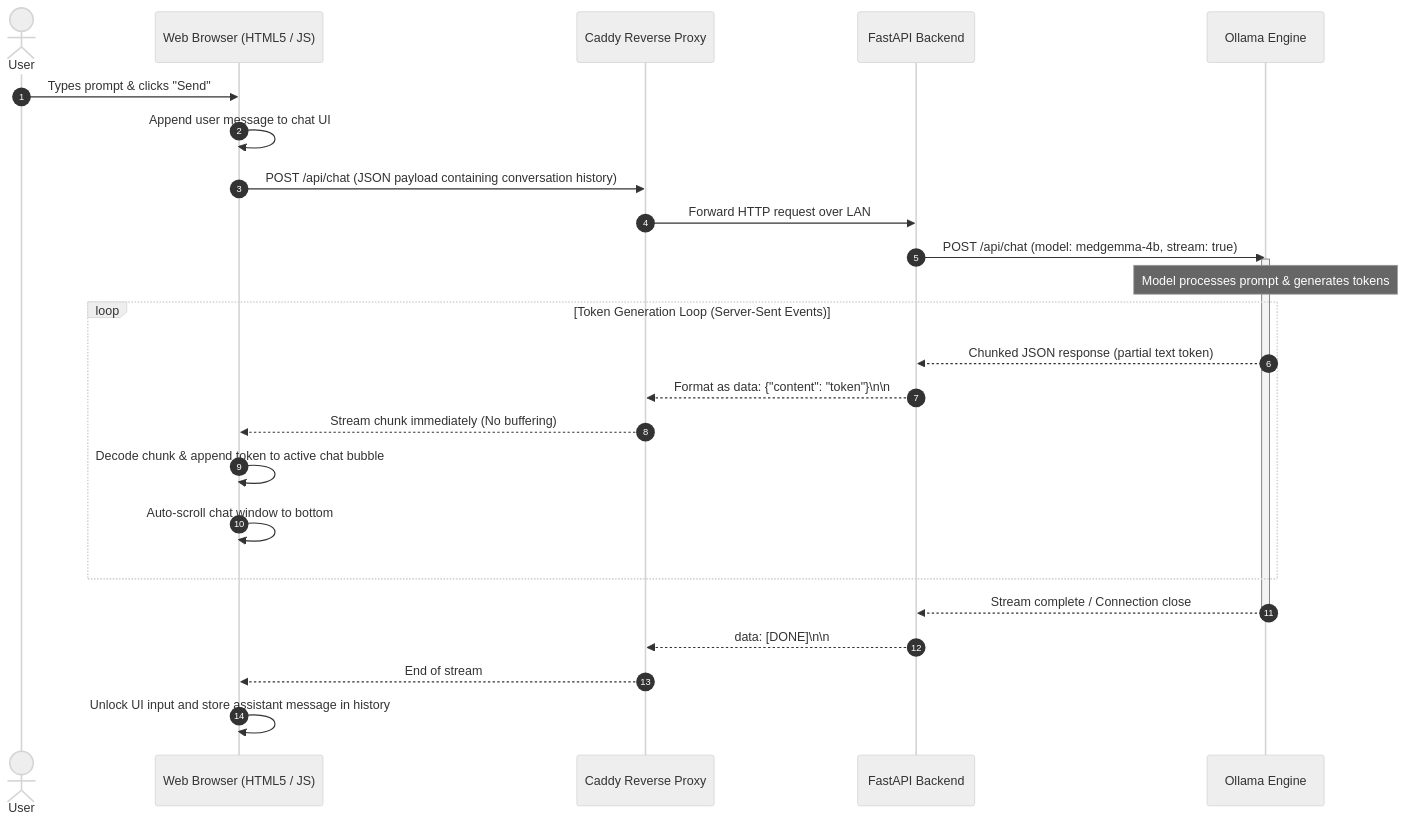
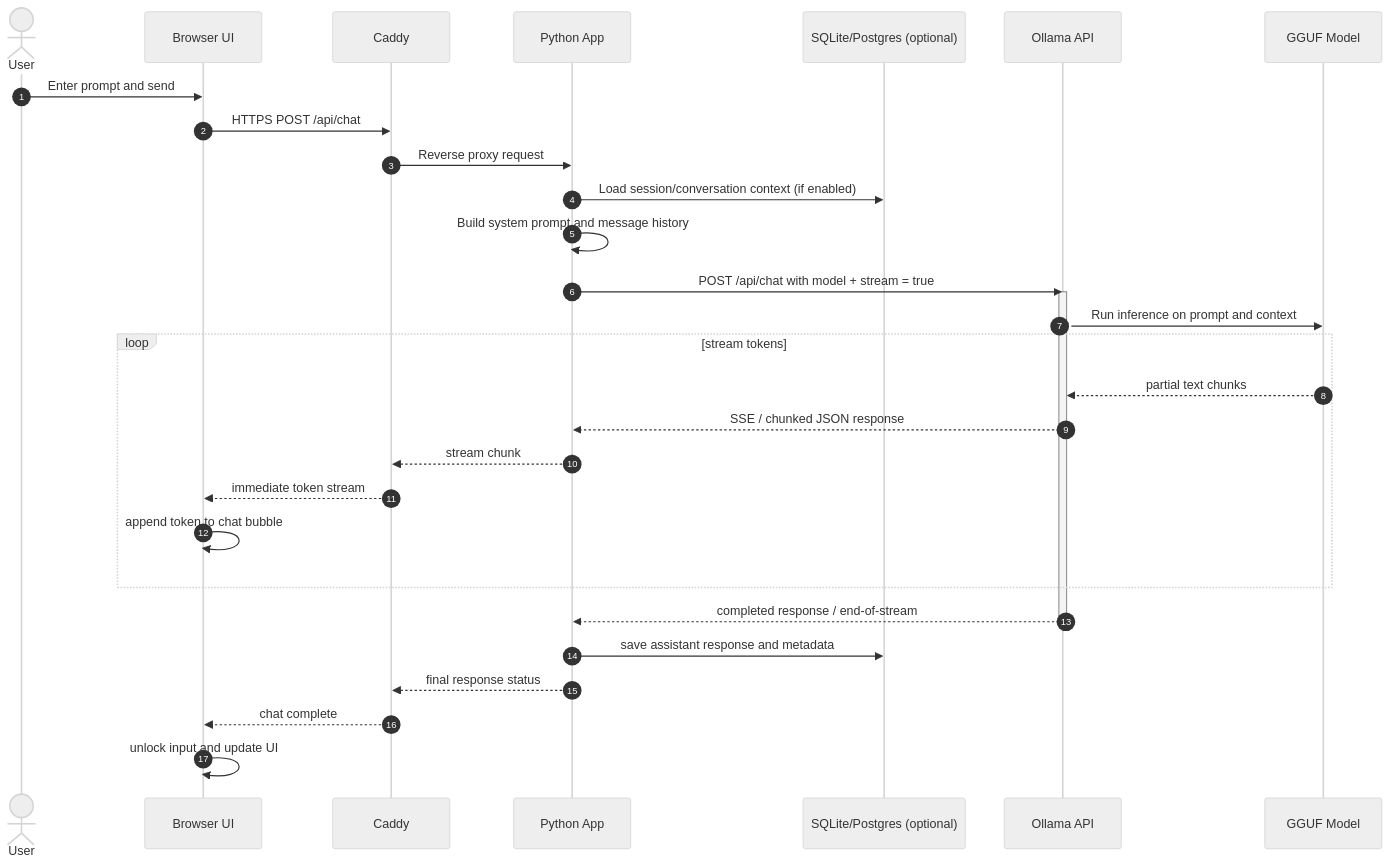
The second of 2 diagrams in architecture.md (rsbauer/pachat), drawn with Mermaid (neutral theme) before and after one commit. The commit also changed other lines of this file, not shown here.

Commit message:
Copilot had a say on the architecture

````diff
--- a/architecture.md
+++ b/architecture.md
@@ -64,34 +143,38 @@
 ```mermaid
 sequenceDiagram
     autonumber
     actor User
-    participant Browser as Web Browser (HTML5 / JS)
-    participant Caddy as Caddy Reverse Proxy
-    participant FastAPI as FastAPI Backend
-    participant Ollama as Ollama Engine
+    participant Browser as Browser UI
+    participant Caddy as Caddy
+    participant App as Python App
+    participant DB as SQLite/Postgres (optional)
+    participant Ollama as Ollama API
+    participant Model as GGUF Model
 
-    User->>Browser: Types prompt & clicks "Send"
-    Browser->>Browser: Append user message to chat UI
-    Browser->>Caddy: POST /api/chat (JSON payload containing conversation history)
-    Caddy->>FastAPI: Forward HTTP request over LAN
-    FastAPI->>Ollama: POST /api/chat (model: medgemma-4b, stream: true)
-    
+    User->>Browser: Enter prompt and send
+    Browser->>Caddy: HTTPS POST /api/chat
+    Caddy->>App: Reverse proxy request
+
+    App->>DB: Load session/conversation context (if enabled)
+    App->>App: Build system prompt and message history
+    App->>Ollama: POST /api/chat with model + stream = true
+
     activate Ollama
-    Note over Ollama: Model processes prompt & generates tokens
-    
-    loop Token Generation Loop (Server-Sent Events)
-        Ollama-->>FastAPI: Chunked JSON response (partial text token)
-        FastAPI-->>Caddy: Format as data: {"content": "token"}\n\n
-        Caddy-->>Browser: Stream chunk immediately (No buffering)
-        Browser->>Browser: Decode chunk & append token to active chat bubble
-        Browser->>Browser: Auto-scroll chat window to bottom
+    Ollama->>Model: Run inference on prompt and context
+
+    loop stream tokens
+        Model-->>Ollama: partial text chunks
+        Ollama-->>App: SSE / chunked JSON response
+        App-->>Caddy: stream chunk
+        Caddy-->>Browser: immediate token stream
+        Browser->>Browser: append token to chat bubble
     end
 
-    Ollama-->>FastAPI: Stream complete / Connection close
+    Ollama-->>App: completed response / end-of-stream
     deactivate Ollama
-    
-    FastAPI-->>Caddy: data: [DONE]\n\n
-    Caddy-->>Browser: End of stream
-    Browser->>Browser: Unlock UI input and store assistant message in history
 
+    App->>DB: save assistant response and metadata
+    App-->>Caddy: final response status
+    Caddy-->>Browser: chat complete
+    Browser->>Browser: unlock input and update UI
 ```
````
